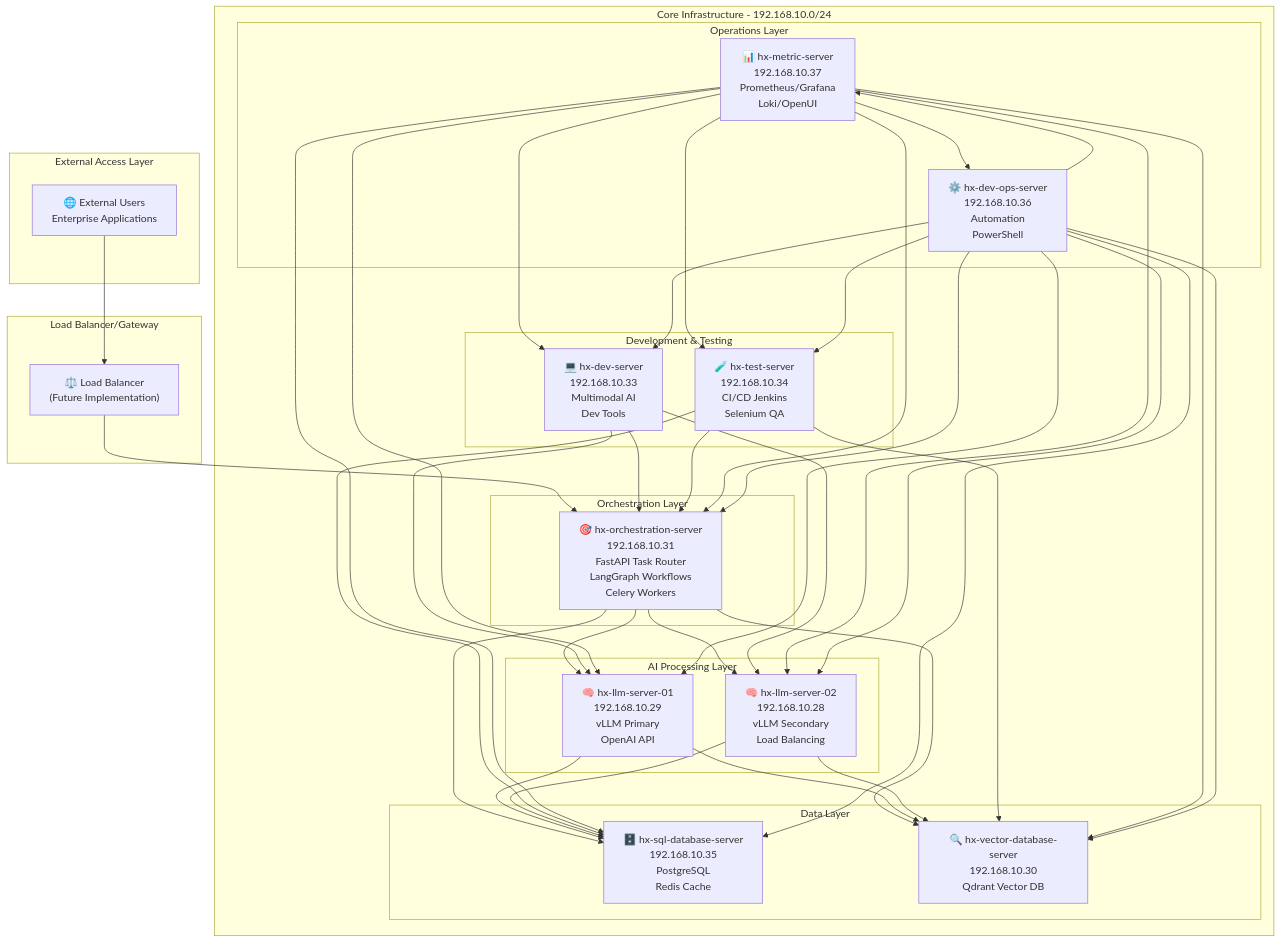
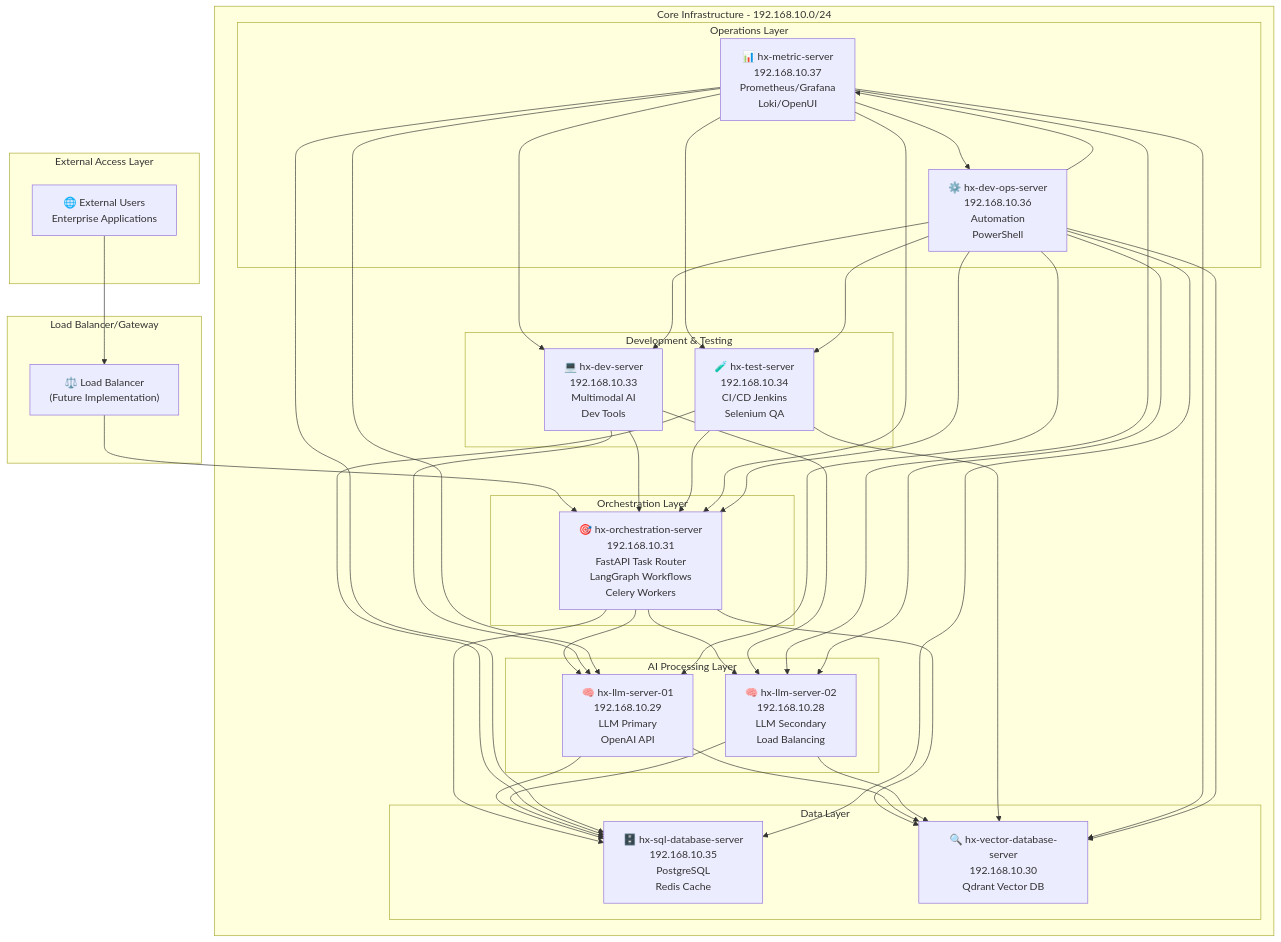
The first of 3 diagrams in 0.0-HANA-X-Program/0.0.2-HXP-Architecture/network_architecture.md (hanax-ai/Citadel-Alpha-Infrastructure), drawn with Mermaid before and after one commit. The commit also changed 128 other files, not shown here.

````diff
--- a/0.0-HANA-X-Program/0.0.2-HXP-Architecture/network_architecture.md
+++ b/0.0-HANA-X-Program/0.0.2-HXP-Architecture/network_architecture.md
@@ -14,80 +14,80 @@
 ```mermaid
 graph TB
     subgraph "External Access Layer"
         EXT["🌐 External Users<br/>Enterprise Applications"]
     end
     
     subgraph "Load Balancer/Gateway"
         LB["⚖️ Load Balancer<br/>(Future Implementation)"]
     end
     
     subgraph "Core Infrastructure - 192.168.10.0/24"
         subgraph "Orchestration Layer"
             ORCH["🎯 hx-orchestration-server<br/>192.168.10.31<br/>FastAPI Task Router<br/>LangGraph Workflows<br/>Celery Workers"]
         end
         
         subgraph "AI Processing Layer"
-            LLM1["🧠 hx-llm-server-01<br/>192.168.10.29<br/>vLLM Primary<br/>OpenAI API"]
-            LLM2["🧠 hx-llm-server-02<br/>192.168.10.28<br/>vLLM Secondary<br/>Load Balancing"]
+            LLM1["🧠 hx-llm-server-01<br/>192.168.10.29<br/>LLM Primary<br/>OpenAI API"]
+            LLM2["🧠 hx-llm-server-02<br/>192.168.10.28<br/>LLM Secondary<br/>Load Balancing"]
         end
         
         subgraph "Data Layer"
             SQL["🗄️ hx-sql-database-server<br/>192.168.10.35<br/>PostgreSQL<br/>Redis Cache"]
             VDB["🔍 hx-vector-database-server<br/>192.168.10.30<br/>Qdrant Vector DB"]
         end
         
         subgraph "Development & Testing"
             DEV["💻 hx-dev-server<br/>192.168.10.33<br/>Multimodal AI<br/>Dev Tools"]
             TEST["🧪 hx-test-server<br/>192.168.10.34<br/>CI/CD Jenkins<br/>Selenium QA"]
         end
         
         subgraph "Operations Layer"
             METRICS["📊 hx-metric-server<br/>192.168.10.37<br/>Prometheus/Grafana<br/>Loki/OpenUI"]
             DEVOPS["⚙️ hx-dev-ops-server<br/>192.168.10.36<br/>Automation<br/>PowerShell"]
         end
     end
     
     %% External Connections
     EXT --> LB
     LB --> ORCH
     
     %% Core Processing Flow
     ORCH --> LLM1
     ORCH --> LLM2
     ORCH --> SQL
     ORCH --> VDB
     
     %% AI Processing Connections
     LLM1 --> SQL
     LLM1 --> VDB
     LLM2 --> SQL
     LLM2 --> VDB
     
     %% Development Connections
     DEV --> ORCH
     DEV --> LLM1
     DEV --> LLM2
     TEST --> ORCH
     TEST --> SQL
     TEST --> VDB
     
     %% Operations Monitoring
     METRICS --> ORCH
     METRICS --> LLM1
     METRICS --> LLM2
     METRICS --> SQL
     METRICS --> VDB
     METRICS --> DEV
     METRICS --> TEST
     METRICS --> DEVOPS
     
     %% DevOps Management
     DEVOPS --> ORCH
     DEVOPS --> LLM1
     DEVOPS --> LLM2
     DEVOPS --> SQL
     DEVOPS --> VDB
     DEVOPS --> DEV
     DEVOPS --> TEST
     DEVOPS --> METRICS
 ```
````
